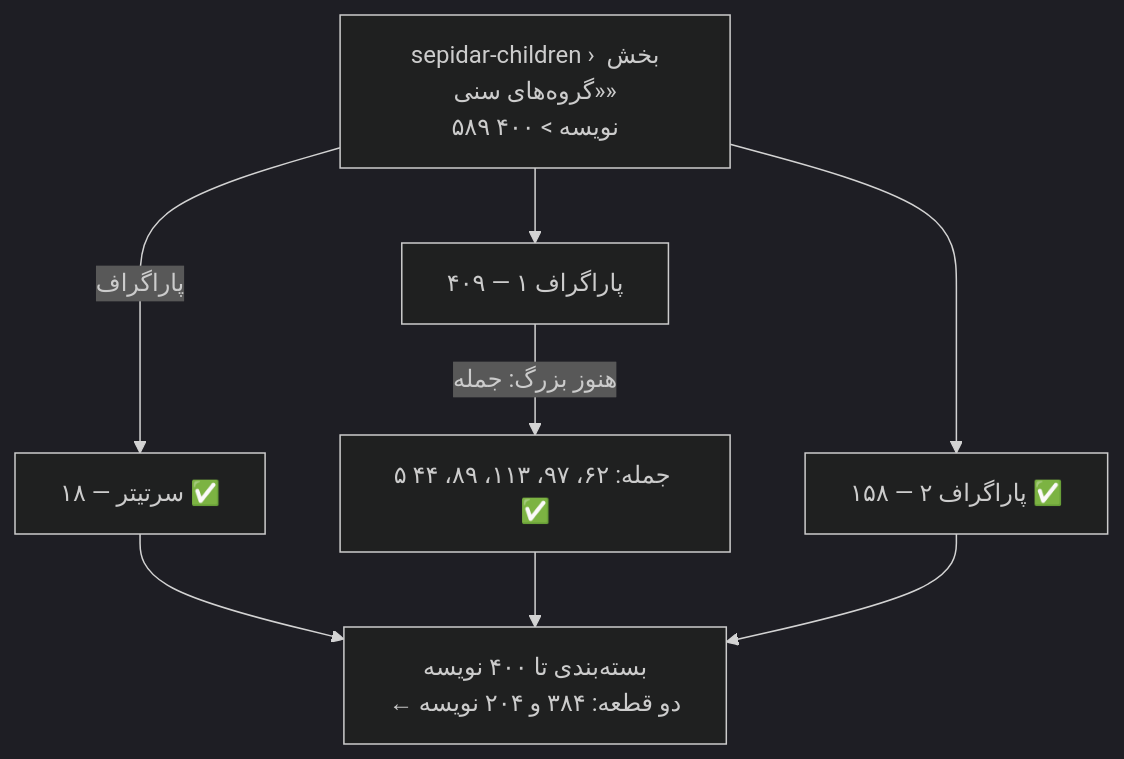
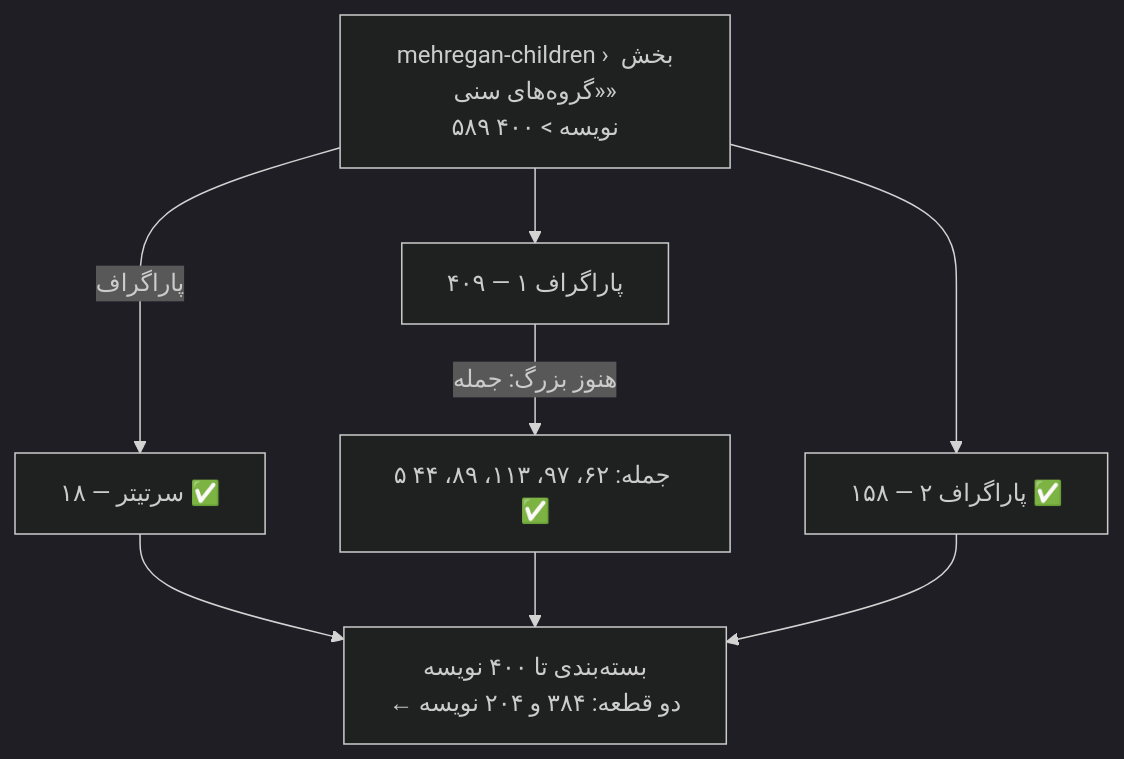
Before and after one commit to snikookar/Persian-RAG-Academy: the second of 2 diagrams in lessons/04-chunking/README.fa.md, drawn with Mermaid (dark theme). The commit also changed other lines of this file and 98 other files, not shown here.

````diff
--- a/lessons/04-chunking/README.fa.md
+++ b/lessons/04-chunking/README.fa.md
@@ -85,8 +85,8 @@
 ```mermaid
 flowchart TB
-    A["sepidar-children › بخش «گروه‌های سنی»<br/>۵۸۹ نویسه > ۴۰۰"] -->|پاراگراف| B1["سرتیتر — ۱۸ ✅"]
+    A["mehregan-children › بخش «گروه‌های سنی»<br/>۵۸۹ نویسه > ۴۰۰"] -->|پاراگراف| B1["سرتیتر — ۱۸ ✅"]
     A --> B2["پاراگراف ۱ — ۴۰۹"]
     A --> B3["پاراگراف ۲ — ۱۵۸ ✅"]
     B2 -->|هنوز بزرگ: جمله| C1["۵ جمله: ۶۲، ۹۷، ۱۱۳، ۸۹، ۴۴ ✅"]
     B1 & C1 & B3 --> P["بسته‌بندی تا ۴۰۰ نویسه<br/>← دو قطعه: ۳۸۴ و ۲۰۴ نویسه"]
 ```
````
